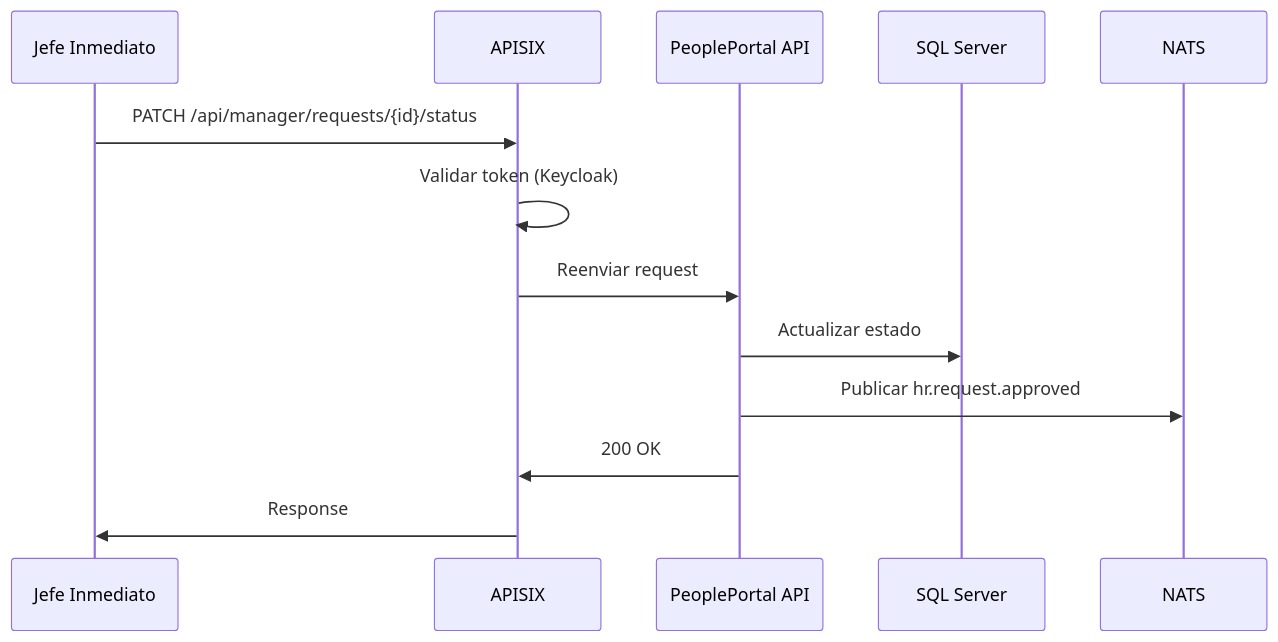
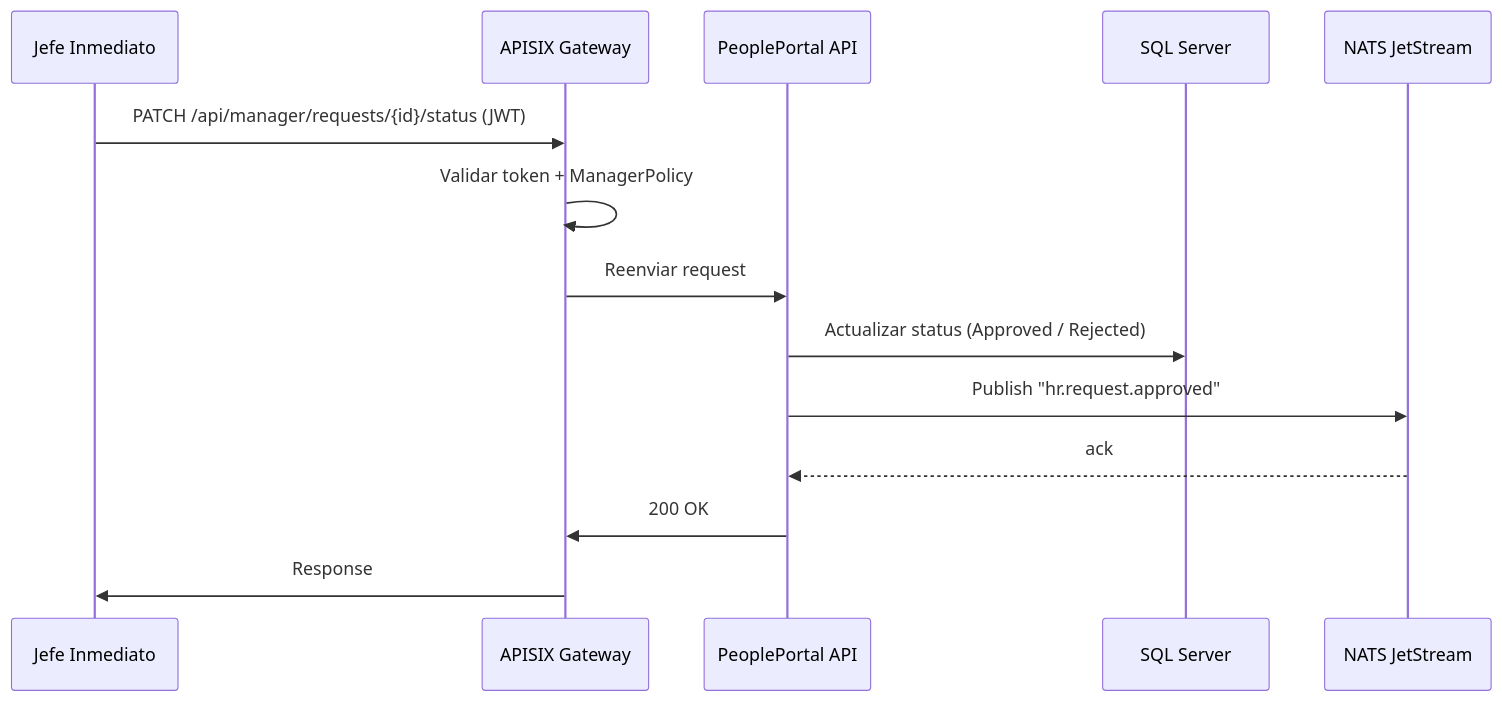
One commit to bryanjosue17/PeoplePortal-BackEnd changed the second of 5 diagrams in docs/flujos.md. Above: the diagram before and after it, drawn with Mermaid. The commit also changed other lines of this file and 7 other files, not shown here.

````diff
--- a/docs/flujos.md
+++ b/docs/flujos.md
@@ -25,16 +28,17 @@
 ```mermaid
 sequenceDiagram
     participant J as Jefe Inmediato
-    participant A as APISIX
+    participant A as APISIX Gateway
     participant API as PeoplePortal API
     participant DB as SQL Server
-    participant N as NATS
-    
-    J->>A: PATCH /api/manager/requests/{id}/status
-    A->>A: Validar token (Keycloak)
+    participant N as NATS JetStream
+
+    J->>A: PATCH /api/manager/requests/{id}/status (JWT)
+    A->>A: Validar token + ManagerPolicy
     A->>API: Reenviar request
-    API->>DB: Actualizar estado
-    API->>N: Publicar hr.request.approved
+    API->>DB: Actualizar status (Approved / Rejected)
+    API->>N: Publish "hr.request.approved"
+    N-->>API: ack
     API->>A: 200 OK
     A->>J: Response
 ```
````
